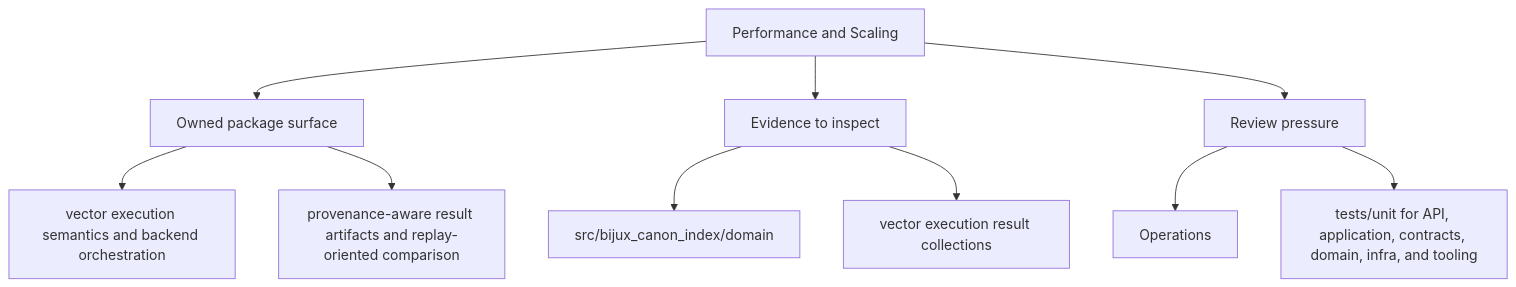
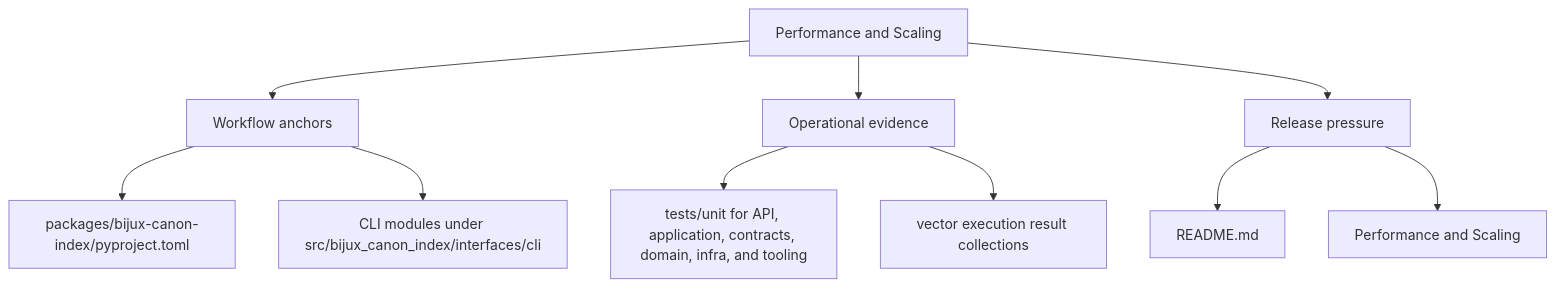
One commit to bijux/bijux-canon changed the second of 2 diagrams in docs/bijux-canon-index/operations/performance-and-scaling.md. Above: the diagram before and after it, drawn with Mermaid. The commit also changed other lines of this file and 250 other files, not shown here.

Commit message:
docs(diagrams): make product page maps more readable

````diff
--- a/docs/bijux-canon-index/operations/performance-and-scaling.md
+++ b/docs/bijux-canon-index/operations/performance-and-scaling.md
@@ -34,22 +34,22 @@
 ```mermaid
 flowchart TD
     page["Performance and Scaling"]
-    focus1["Owned package surface"]
+    focus1["Workflow anchors"]
     page --> focus1
-    focus1_1["vector execution semantics and backend orchestration"]
+    focus1_1["packages/bijux-canon-index/pyproject.toml"]
     focus1 --> focus1_1
-    focus1_2["provenance-aware result artifacts and replay-oriented comparison"]
+    focus1_2["CLI modules under src/bijux_canon_index/interfaces/cli"]
     focus1 --> focus1_2
-    focus2["Evidence to inspect"]
+    focus2["Operational evidence"]
     page --> focus2
-    focus2_1["src/bijux_canon_index/domain"]
+    focus2_1["tests/unit for API, application, contracts, domain, infra, and tooling"]
     focus2 --> focus2_1
     focus2_2["vector execution result collections"]
     focus2 --> focus2_2
-    focus3["Review pressure"]
+    focus3["Release pressure"]
     page --> focus3
-    focus3_1["Operations"]
+    focus3_1["README.md"]
     focus3 --> focus3_1
-    focus3_2["tests/unit for API, application, contracts, domain, infra, and tooling"]
+    focus3_2["Performance and Scaling"]
     focus3 --> focus3_2
 ```
````
